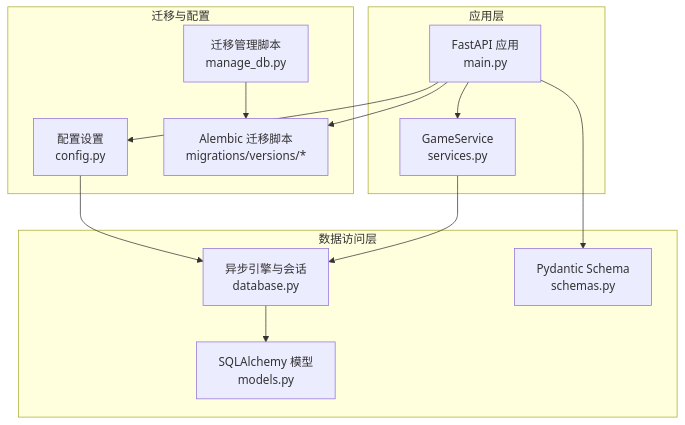
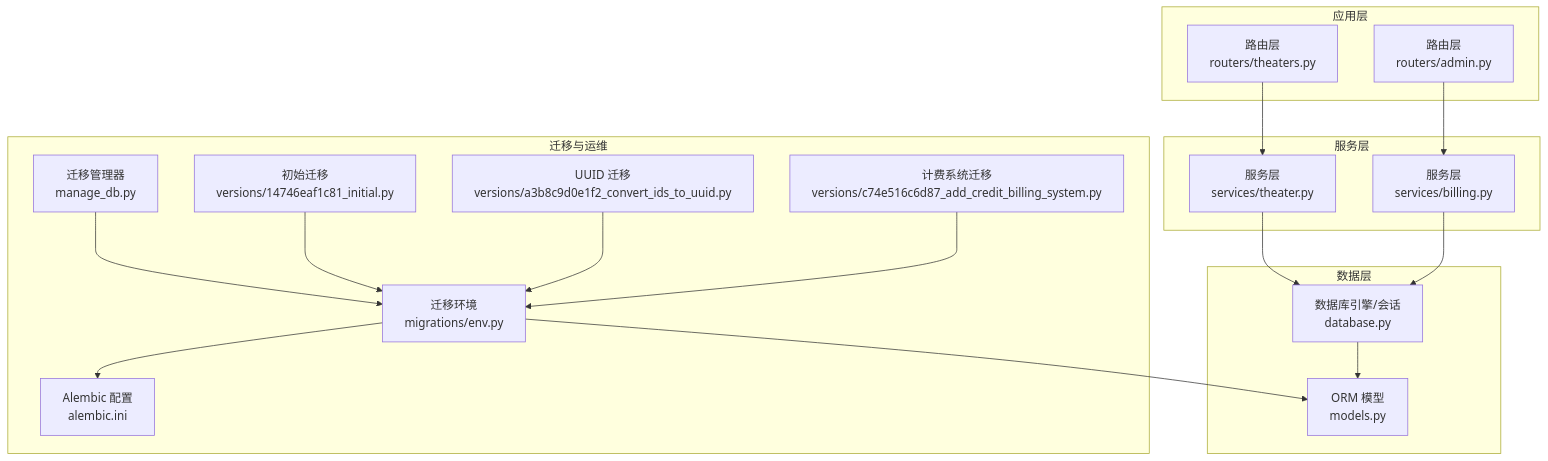
The first of 7 diagrams in .qoder/repowiki/zh/content/数据库设计/数据库设计.md (KunLabAI/KunFlix), drawn with Mermaid before and after one commit. The commit also changed other lines of this file and 275 other files, not shown here.

````diff
--- a/.qoder/repowiki/zh/content/数据库设计/数据库设计.md
+++ b/.qoder/repowiki/zh/content/数据库设计/数据库设计.md
@@ -45,25 +45,34 @@
 ```mermaid
 graph TB
 subgraph "应用层"
-A["FastAPI 应用<br/>main.py"]
-S["GameService<br/>services.py"]
+R1["路由层<br/>routers/theaters.py"]
+R2["路由层<br/>routers/admin.py"]
 end
-subgraph "数据访问层"
-D["异步引擎与会话<br/>database.py"]
-M["SQLAlchemy 模型<br/>models.py"]
-P["Pydantic Schema<br/>schemas.py"]
+subgraph "服务层"
+S1["服务层<br/>services/theater.py"]
+S2["服务层<br/>services/billing.py"]
 end
-subgraph "迁移与配置"
-C["配置设置<br/>config.py"]
-AL["Alembic 迁移脚本<br/>migrations/versions/*"]
-MD["迁移管理脚本<br/>manage_db.py"]
+subgraph "数据层"
+M["ORM 模型<br/>models.py"]
+D["数据库引擎/会话<br/>database.py"]
 end
-A --> S
-S --> D
+subgraph "迁移与运维"
+A["Alembic 配置<br/>alembic.ini"]
+E["迁移环境<br/>migrations/env.py"]
+MD["迁移管理器<br/>manage_db.py"]
+V1["初始迁移<br/>versions/14746eaf1c81_initial.py"]
+V2["UUID 迁移<br/>versions/a3b8c9d0e1f2_convert_ids_to_uuid.py"]
+V3["计费系统迁移<br/>versions/c74e516c6d87_add_credit_billing_system.py"]
+end
+R1 --> S1
+R2 --> S2
+S1 --> D
+S2 --> D
 D --> M
-A --> P
-A --> C
-C --> D
-MD --> AL
-A --> AL
+MD --> E
+E --> A
+E --> M
+V1 --> E
+V2 --> E
+V3 --> E
 ```
````
